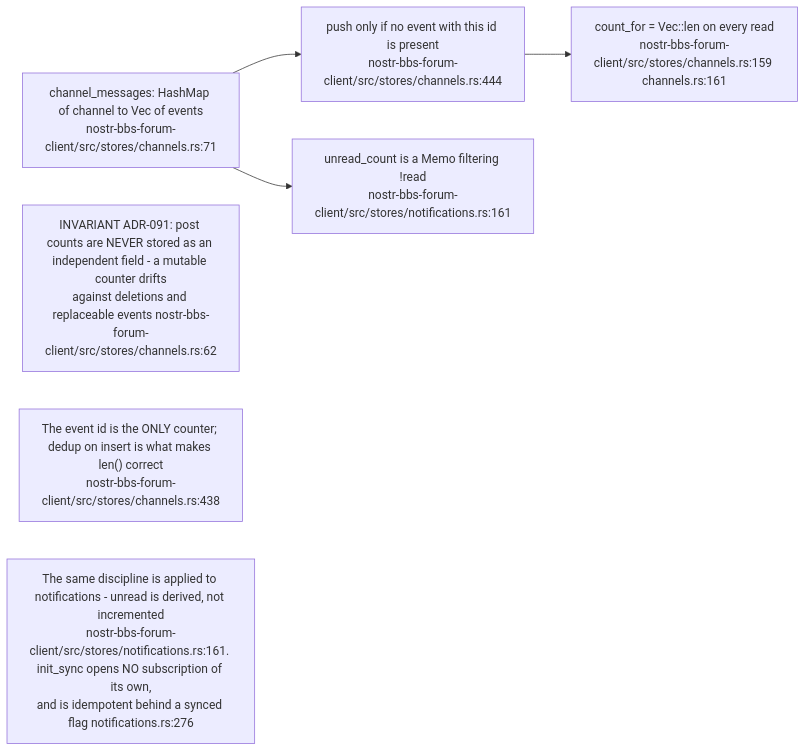
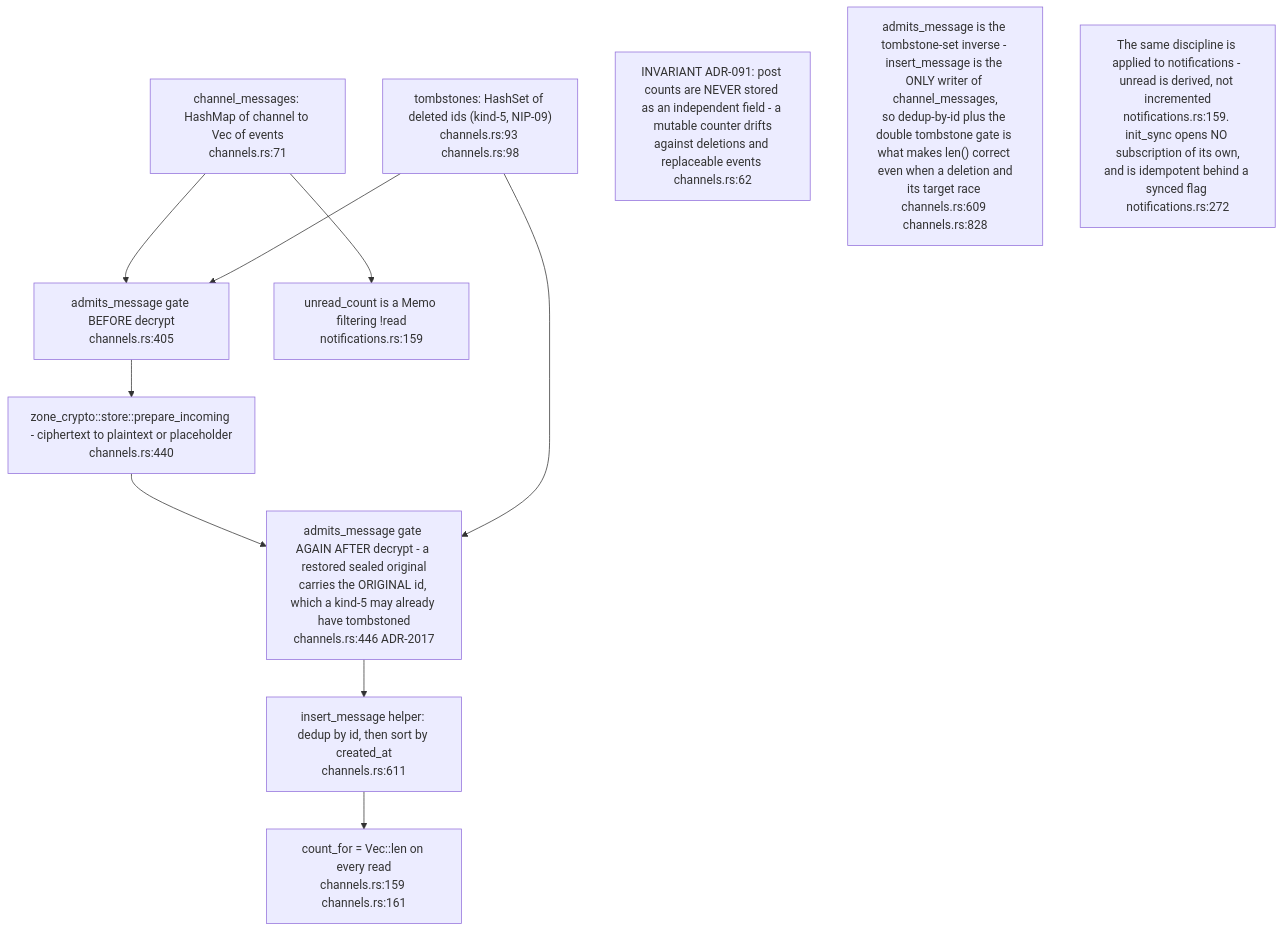
The sixth of 16 diagrams in docs/diagrams/nostr-rust-forum/05-leptos-clients-onboarding-messaging-governance.md (DreamLab-AI/VisionFlow), drawn with Mermaid before and after one commit. The commit also changed other lines of this file and 136 other files, not shown here.

First line of the commit message:
docs(diagrams): refresh the whole corpus to code HEAD and prune low-value diagrams

````diff
--- a/docs/diagrams/nostr-rust-forum/05-leptos-clients-onboarding-messaging-governance.md
+++ b/docs/diagrams/nostr-rust-forum/05-leptos-clients-onboarding-messaging-governance.md
@@ -215,14 +223,20 @@
 ```mermaid
-flowchart LR
-    EVS["channel_messages: HashMap of channel to Vec of events<br/>nostr-bbs-forum-client/src/stores/channels.rs:71"]
-    DEDUP["push only if no event with this id is present<br/>nostr-bbs-forum-client/src/stores/channels.rs:444"]
-    CNT["count_for = Vec::len on every read<br/>nostr-bbs-forum-client/src/stores/channels.rs:159 channels.rs:161"]
-    UNREAD["unread_count is a Memo filtering !read<br/>nostr-bbs-forum-client/src/stores/notifications.rs:161"]
+flowchart TB
+    EVS["channel_messages: HashMap of channel to Vec of events<br/>channels.rs:71"]
+    TOMB["tombstones: HashSet of deleted ids (kind-5, NIP-09)<br/>channels.rs:93 channels.rs:98"]
+    GATE1["admits_message gate BEFORE decrypt<br/>channels.rs:405"]
+    DEC["zone_crypto::store::prepare_incoming - ciphertext to plaintext or placeholder<br/>channels.rs:440"]
+    GATE2["admits_message gate AGAIN AFTER decrypt - a restored sealed original<br/>carries the ORIGINAL id, which a kind-5 may already have tombstoned<br/>channels.rs:446 ADR-2017"]
+    INS["insert_message helper: dedup by id, then sort by created_at<br/>channels.rs:611"]
+    CNT["count_for = Vec::len on every read<br/>channels.rs:159 channels.rs:161"]
+    UNREAD["unread_count is a Memo filtering !read<br/>notifications.rs:159"]
 
-    EVS --> DEDUP --> CNT
+    EVS --> GATE1 --> DEC --> GATE2 --> INS --> CNT
+    TOMB --> GATE1
+    TOMB --> GATE2
     EVS --> UNREAD
 
-    N1["INVARIANT ADR-091: post counts are NEVER stored as an independent field - a mutable counter drifts<br/>against deletions and replaceable events nostr-bbs-forum-client/src/stores/channels.rs:62"]
-    N2["The event id is the ONLY counter; dedup on insert is what makes len() correct<br/>nostr-bbs-forum-client/src/stores/channels.rs:438"]
-    N3["The same discipline is applied to notifications - unread is derived, not incremented<br/>nostr-bbs-forum-client/src/stores/notifications.rs:161. init_sync opens NO subscription of its own,<br/>and is idempotent behind a synced flag notifications.rs:276"]
+    N1["INVARIANT ADR-091: post counts are NEVER stored as an independent field - a mutable counter drifts<br/>against deletions and replaceable events channels.rs:62"]
+    N2["admits_message is the tombstone-set inverse - insert_message is the ONLY writer of channel_messages,<br/>so dedup-by-id plus the double tombstone gate is what makes len() correct even when a deletion and<br/>its target race channels.rs:609 channels.rs:828"]
+    N3["The same discipline is applied to notifications - unread is derived, not incremented<br/>notifications.rs:159. init_sync opens NO subscription of its own,<br/>and is idempotent behind a synced flag notifications.rs:272"]
 ```
````
